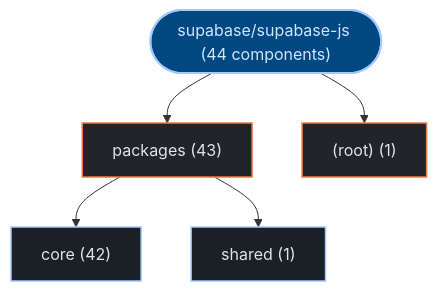
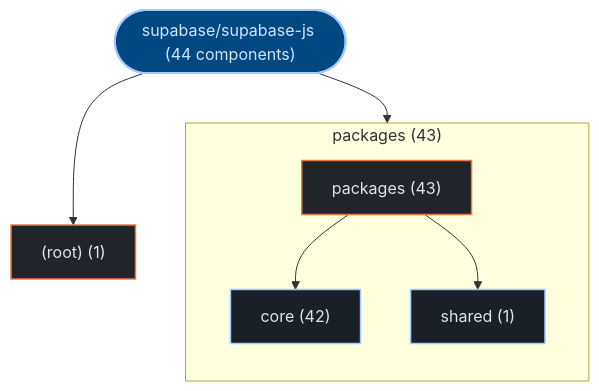
The first of 3 diagrams in exports/latest/reports/supabase-supabase-js-report.md (kumarshaz/atruss-code-atlas), drawn with Mermaid before and after one commit. The commit also changed 178 other files, not shown here.

Commit message:
feat(ui,mermaid): upgrade to mermaid v12 + ELK layout, add orgs-summary + pagination, subgraph building blocks, fix tab alignment

````diff
--- a/exports/latest/reports/supabase-supabase-js-report.md
+++ b/exports/latest/reports/supabase-supabase-js-report.md
@@ -42,19 +42,22 @@
 ```mermaid
 graph TD;
   classDef atlasRoot fill:#004882,stroke:#a3c9ff,stroke-width:2px,color:#d3e4ff
   classDef atlasCategory fill:#212428,stroke:#E87A48,stroke-width:1.5px,color:#dfe3eb
   classDef atlasWorkflow fill:#1b2026,stroke:#a3c9ff,stroke-width:1.5px,color:#dfe3eb
   classDef atlasJob fill:#171c22,stroke:#8d9199,stroke-width:1px,color:#dfe3eb
   classDef atlasTarget fill:#005227,stroke:#8bd99b,stroke-width:1.5px,color:#a7f6b6
   classDef atlasAlert fill:#93000a,stroke:#ffb4ab,stroke-width:1.5px,color:#ffdad6
   classDef atlasMore fill:#252a31,stroke:#8d9199,stroke-dasharray:4 4,color:#c3c6cf
     repo_root(["supabase/supabase-js (44 components)"]):::atlasRoot
-    dir_0_packages["packages (43)"]:::atlasCategory
+    subgraph sg_dir_0_packages["packages (43)"]
+      direction TB
+      dir_0_packages["packages (43)"]:::atlasCategory
+      sub_0_0_core["core (42)"]:::atlasWorkflow
+      dir_0_packages --> sub_0_0_core
+      sub_0_1_shared["shared (1)"]:::atlasWorkflow
+      dir_0_packages --> sub_0_1_shared
+    end
     repo_root --> dir_0_packages
-    sub_0_0_core["core (42)"]:::atlasWorkflow
-    dir_0_packages --> sub_0_0_core
-    sub_0_1_shared["shared (1)"]:::atlasWorkflow
-    dir_0_packages --> sub_0_1_shared
     dir_1__root_["(root) (1)"]:::atlasCategory
     repo_root --> dir_1__root_
 ```
````
